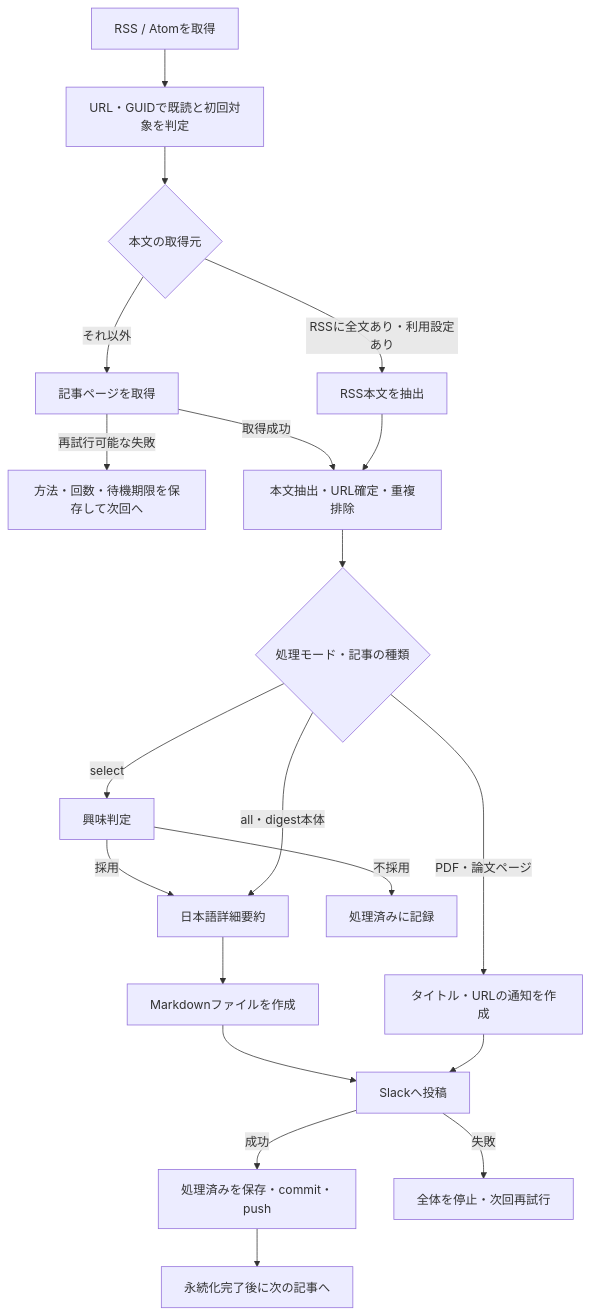
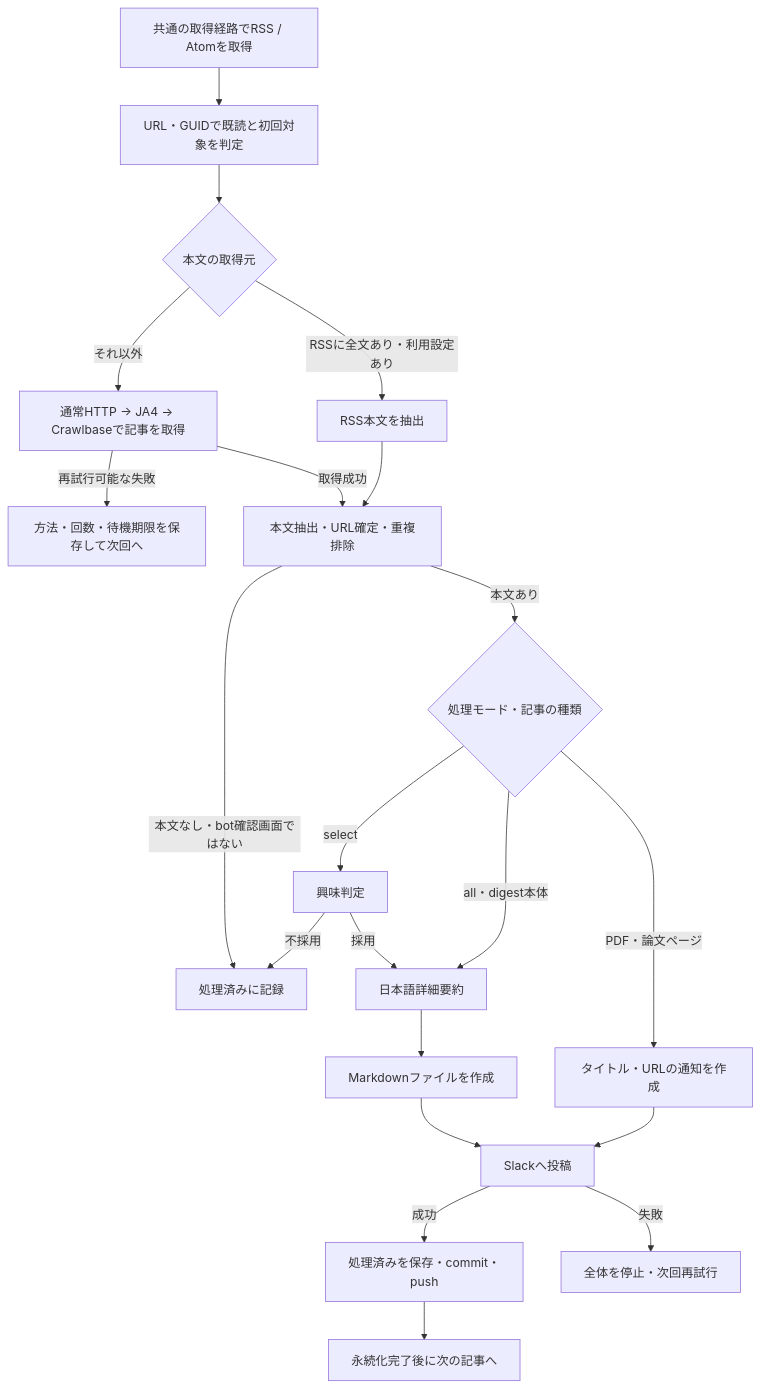
One commit to catatsuy/rss-curator changed the diagram in README.md. Above: the diagram before and after it, drawn with Mermaid. The commit also changed other lines of this file and 17 other files, not shown here.

````diff
--- a/README.md
+++ b/README.md
@@ -19,22 +19,23 @@
 ```mermaid
 flowchart TD
-    A[RSS / Atomを取得] --> B[URL・GUIDで既読と初回対象を判定]
+    A[共通の取得経路でRSS / Atomを取得] --> B[URL・GUIDで既読と初回対象を判定]
     B --> C{本文の取得元}
     C -->|RSSに全文あり・利用設定あり| D[RSS本文を抽出]
-    C -->|それ以外| E[記事ページを取得]
+    C -->|それ以外| E[通常HTTP → JA4 → Crawlbaseで記事を取得]
     E -->|再試行可能な失敗| R[方法・回数・待機期限を保存して次回へ]
     E -->|取得成功| F[本文抽出・URL確定・重複排除]
     D --> F
-    F --> G{処理モード・記事の種類}
+    F -->|本文あり| G{処理モード・記事の種類}
+    F -->|本文なし・bot確認画面ではない| J
     G -->|select| H[興味判定]
     H -->|採用| I[日本語詳細要約]
     H -->|不採用| J[処理済みに記録]
     G -->|all・digest本体| I
     G -->|PDF・論文ページ| K[タイトル・URLの通知を作成]
     I --> L[Markdownファイルを作成]
     L --> M[Slackへ投稿]
     K --> M
     M -->|成功| N[処理済みを保存・commit・push]
     M -->|失敗| O[全体を停止・次回再試行]
     N --> P[永続化完了後に次の記事へ]
 ```
````
